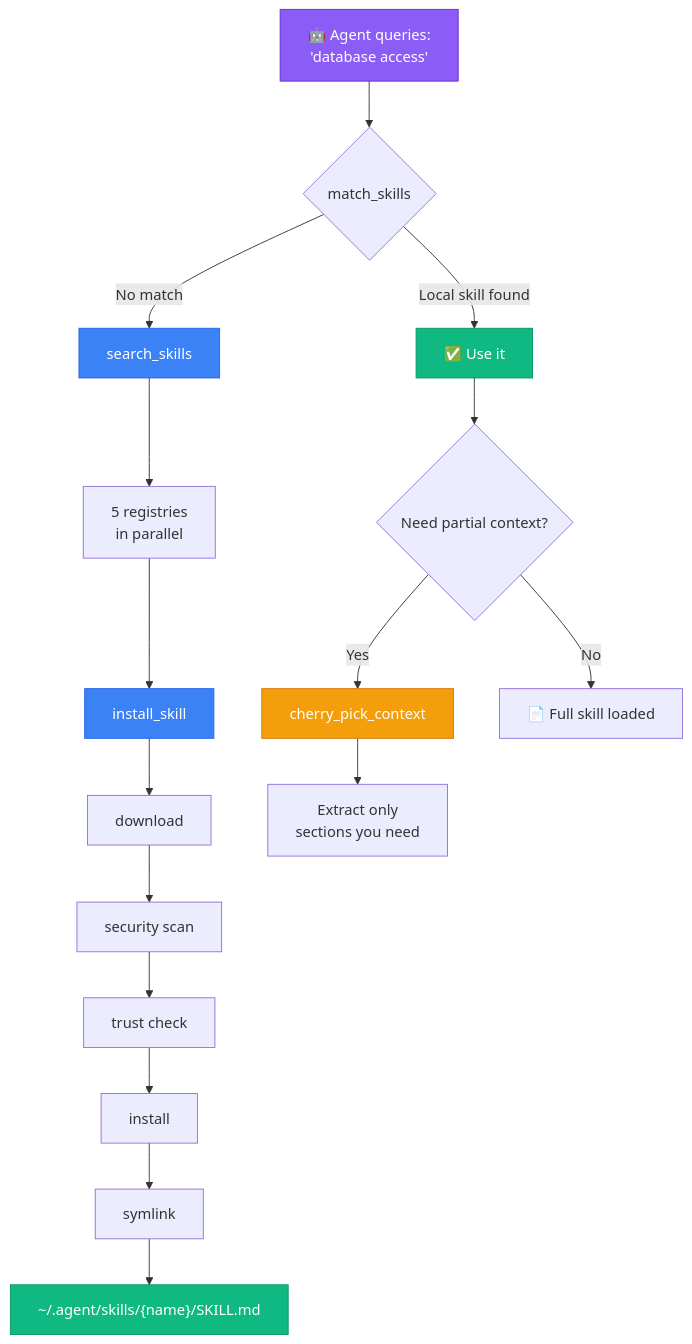
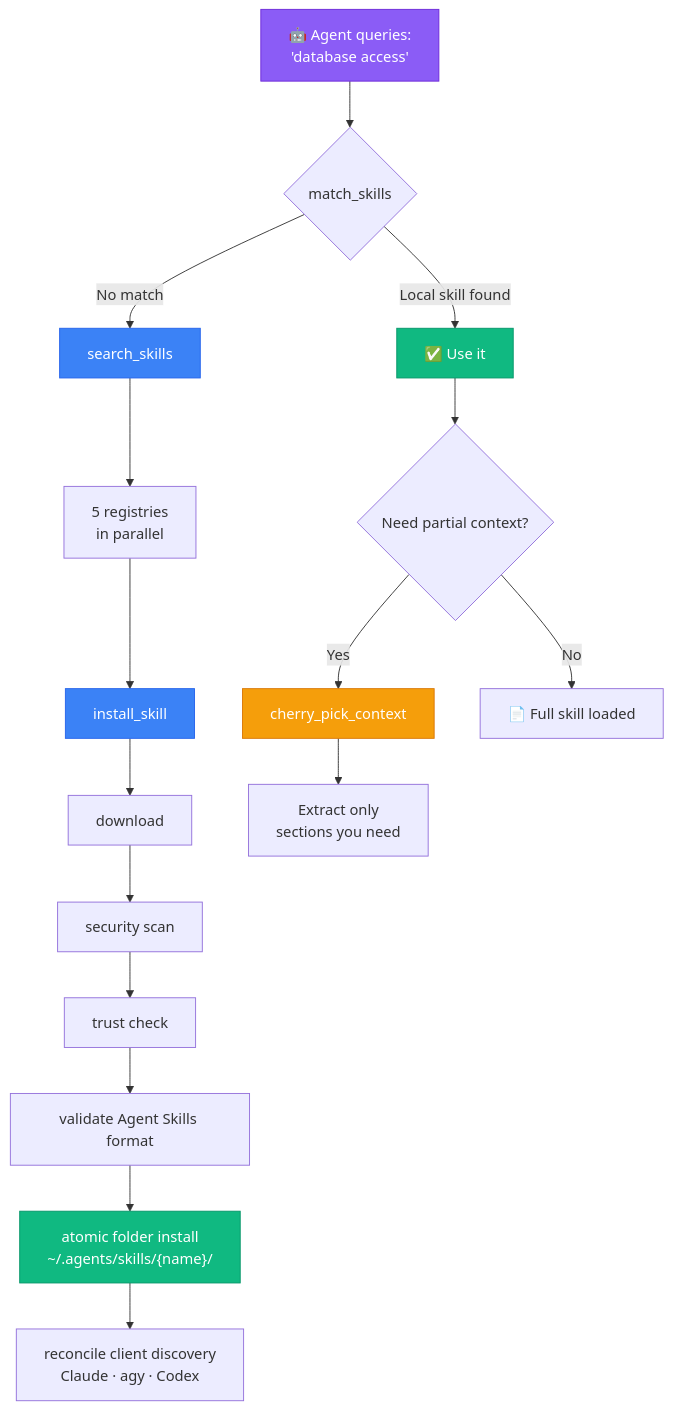
The first of 6 diagrams in README.md (ancrz/skill-swarm-mcp), drawn with Mermaid before and after one commit. The commit also changed other lines of this file and 16 other files, not shown here.

````diff
--- a/README.md
+++ b/README.md
@@ -31,25 +31,25 @@
 ```mermaid
 flowchart TD
     A["🤖 Agent queries:<br/>'database access'"] --> B{match_skills}
     B -->|Local skill found| C["✅ Use it"]
     B -->|No match| D[search_skills]
     D --> E["5 registries<br/>in parallel"]
     E --> F[install_skill]
     F --> G["download"]
     G --> H["security scan"]
     H --> I["trust check"]
-    I --> J["install"]
-    J --> K["symlink"]
-    K --> L["~/.agent/skills/{name}/SKILL.md"]
+    I --> J["validate Agent Skills format"]
+    J --> L["atomic folder install<br/>~/.agents/skills/{name}/"]
+    L --> K["reconcile client discovery<br/>Claude · agy · Codex"]
     C --> M{Need partial context?}
     M -->|Yes| N[cherry_pick_context]
     M -->|No| O["📄 Full skill loaded"]
     N --> P["Extract only<br/>sections you need"]
 
     style A fill:#8B5CF6,stroke:#6D28D9,color:#fff
     style C fill:#10B981,stroke:#059669,color:#fff
     style L fill:#10B981,stroke:#059669,color:#fff
     style F fill:#3B82F6,stroke:#2563EB,color:#fff
     style D fill:#3B82F6,stroke:#2563EB,color:#fff
     style N fill:#F59E0B,stroke:#D97706,color:#fff
 ```
````
